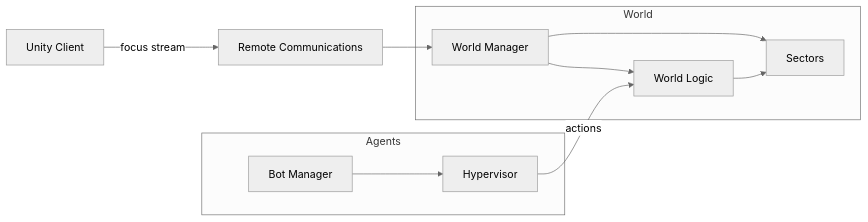
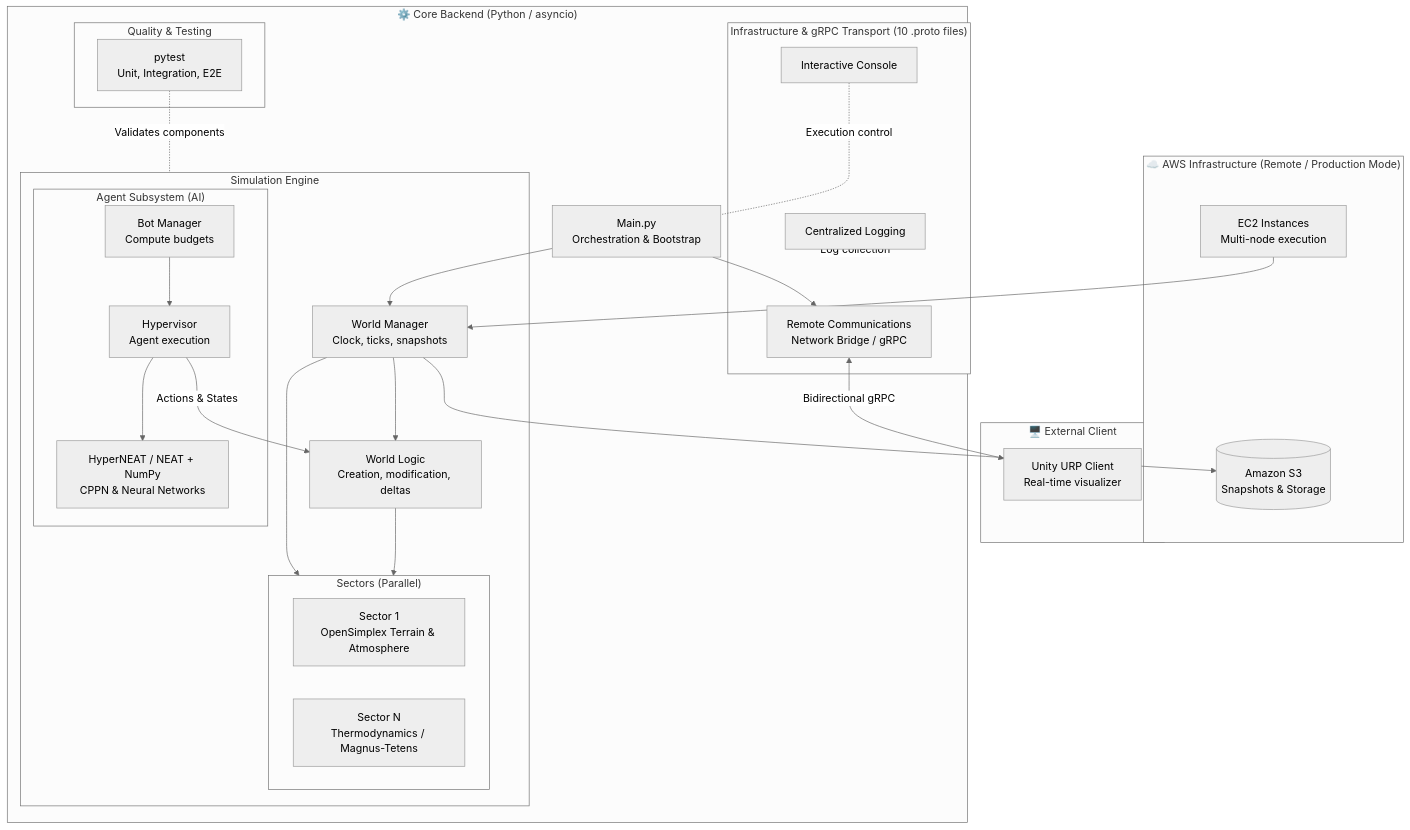
Before and after one commit to sergiod-soto/AGEA: the diagram in README.en.md, drawn with Mermaid (neutral theme).

Commit message:
Revise architecture diagram in README
Updated architecture diagram to include AWS infrastructure and client details.

````diff
--- a/README.en.md
+++ b/README.en.md
@@ -34,22 +34,59 @@
 ```mermaid
-flowchart LR
-    subgraph World
-        GM[World Manager]
-        LM[World Logic]
-        S[Sectors]
+flowchart TD
+    subgraph AWS ["☁️ AWS Infrastructure (Remote / Production Mode)"]
+        S3[(Amazon S3\nSnapshots & Storage)]
+        EC2[EC2 Instances\nMulti-node execution]
     end
-    subgraph Agents
-        GB[Bot Manager]
-        HV[Hypervisor]
+
+    subgraph Client ["🖥️ External Client"]
+        Unity[Unity URP Client\nReal-time visualizer]
     end
-    CR[Remote Communications]
-    U[Unity Client]
 
-    GM --> S
+    subgraph LocalBackend ["⚙️ Core Backend (Python / asyncio)"]
+        Main[Main.py\nOrchestration & Bootstrap]
+
+        subgraph Infra ["Infrastructure & gRPC Transport (10 .proto files)"]
+            Comm[Remote Communications\nNetwork Bridge / gRPC]
+            Consola[Interactive Console]
+            LogSys[Centralized Logging]
+        end
+
+        subgraph CoreSim ["Simulation Engine"]
+            GM[World Manager\nClock, ticks, snapshots]
+            LM[World Logic\nCreation, modification, deltas]
+            
+            subgraph Sectors ["Sectors (Parallel)"]
+                Sec1[Sector 1\nOpenSimplex Terrain & Atmosphere]
+                Sec2[Sector N\nThermodynamics / Magnus-Tetens]
+            end
+
+            subgraph Agents ["Agent Subsystem (AI)"]
+                GB[Bot Manager\nCompute budgets]
+                HV[Hypervisor\nAgent execution]
+                HNEAT[HyperNEAT / NEAT + NumPy\nCPPN & Neural Networks]
+            end
+        end
+
+        subgraph TestSuite ["Quality & Testing"]
+            Pytest[pytest\nUnit, Integration, E2E]
+        end
+    end
+
+    %% Main Connections and Workflows
+    Main --> Comm
+    Main --> GM
+    Comm <-->|Bidirectional gRPC| Unity
+    GM --> Sectors
     GM --> LM
-    LM --> S
+    LM --> Sectors
+    GM --> S3
+    EC2 --> GM
+    
     GB --> HV
-    HV -- actions --> LM
-    U -- focus stream --> CR
-    CR --> GM
+    HV --> HNEAT
+    HV -- Actions & States --> LM
+    
+    Consola -. Execution control .- Main
+    LogSys -. Log collection .- Infra
+    Pytest -. Validates components .- CoreSim
 ```
````
